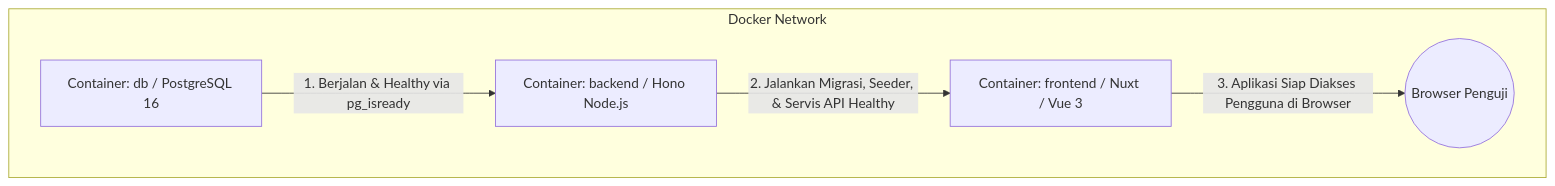
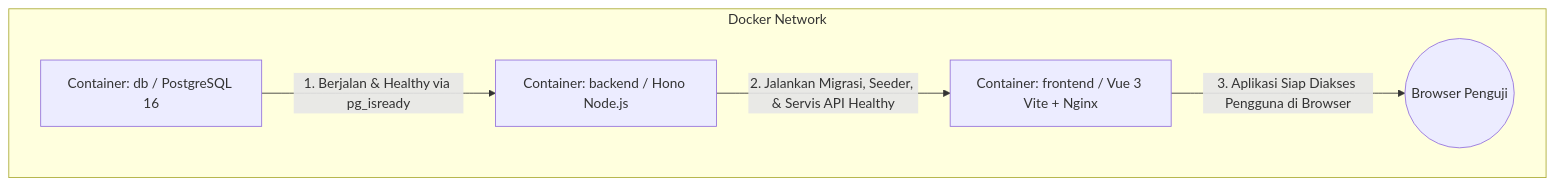
The diagram in docs/Struktur Proyek.md (IlhamFatahillahR27/hirose-maintenance-log), drawn with Mermaid before and after one commit. The commit also changed other lines of this file and 14 other files, not shown here.

````diff
--- a/docs/Struktur Proyek.md
+++ b/docs/Struktur Proyek.md
@@ -104,12 +132,12 @@
 ```mermaid
 flowchart TD
     subgraph Docker Network
         DB[Container: db / PostgreSQL 16]
         BE[Container: backend / Hono Node.js]
-        FE[Container: frontend / Nuxt / Vue 3]
+        FE[Container: frontend / Vue 3 Vite + Nginx]
         
         DB -->|1. Berjalan & Healthy via pg_isready| BE
         BE -->|2. Jalankan Migrasi, Seeder, & Servis API Healthy| FE
         FE -->|3. Aplikasi Siap Diakses Pengguna di Browser| Client((Browser Penguji))
     end
 ```
````
